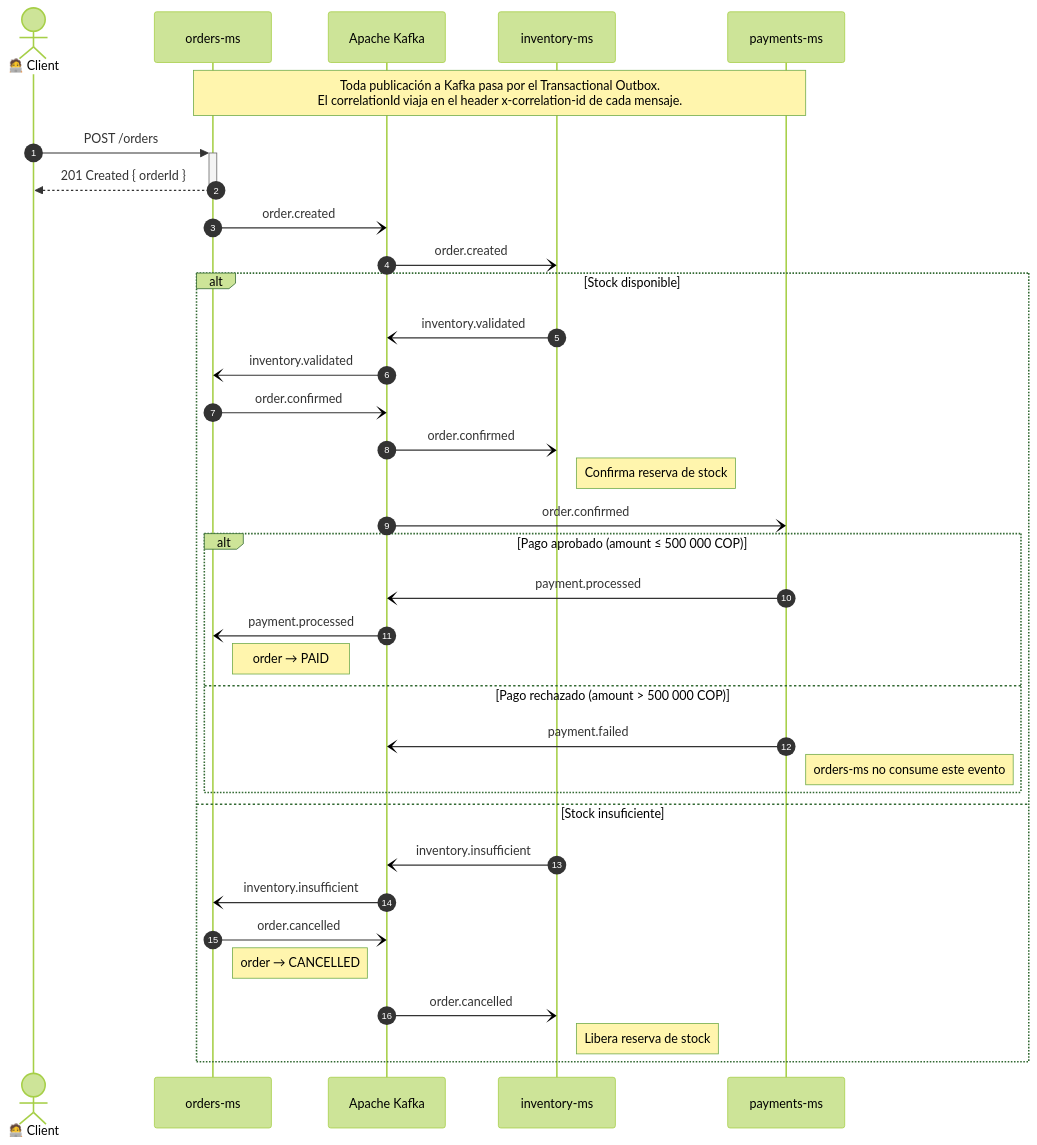
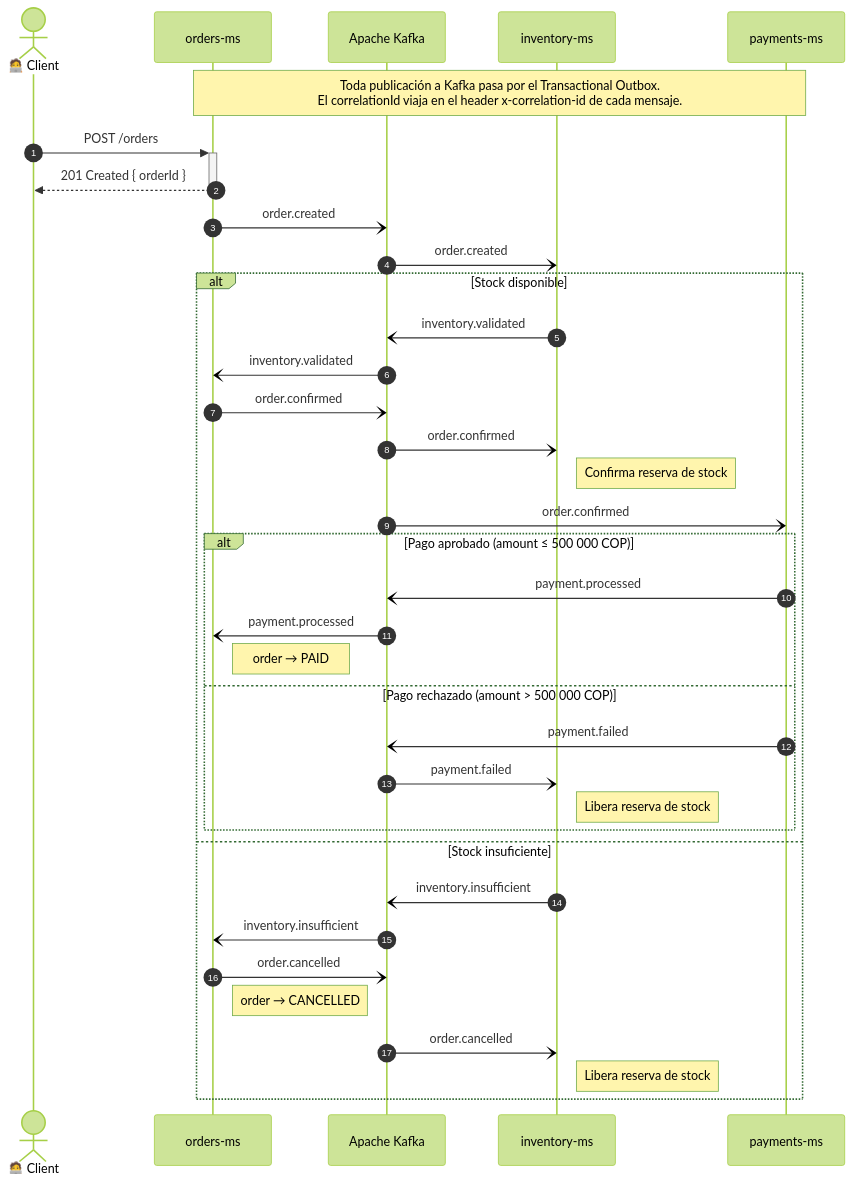
One commit to Null01/technical-interview-kibernum changed the diagram in docs/sequence-diagram.md. Above: the diagram before and after it, drawn with Mermaid (forest theme). The commit also changed other lines of this file and 5 other files, not shown here.

````diff
--- a/docs/sequence-diagram.md
+++ b/docs/sequence-diagram.md
@@ -9,46 +9,47 @@
 ```mermaid
 sequenceDiagram
     autonumber
 
     actor  Client as 🧑‍💻 Client
     participant OMS as orders-ms
     participant Kafka as Apache Kafka
     participant IMS as inventory-ms
     participant PMS as payments-ms
 
     Note over OMS,PMS: Toda publicación a Kafka pasa por el Transactional Outbox.<br/>El correlationId viaja en el header x-correlation-id de cada mensaje.
 
     Client ->>+ OMS: POST /orders
     OMS -->>- Client: 201 Created { orderId }
     OMS -) Kafka: order.created
 
     Kafka -) IMS: order.created
 
     alt Stock disponible
         IMS -) Kafka: inventory.validated
         Kafka -) OMS: inventory.validated
         OMS -) Kafka: order.confirmed
 
         Kafka -) IMS: order.confirmed
         Note right of IMS: Confirma reserva de stock
 
         Kafka -) PMS: order.confirmed
 
         alt Pago aprobado (amount ≤ 500 000 COP)
             PMS -) Kafka: payment.processed
             Kafka -) OMS: payment.processed
             Note right of OMS: order → PAID
         else Pago rechazado (amount > 500 000 COP)
             PMS -) Kafka: payment.failed
-            Note right of PMS: orders-ms no consume este evento
+            Kafka -) IMS: payment.failed
+            Note right of IMS: Libera reserva de stock
         end
 
     else Stock insuficiente
         IMS -) Kafka: inventory.insufficient
         Kafka -) OMS: inventory.insufficient
         OMS -) Kafka: order.cancelled
         Note right of OMS: order → CANCELLED
         Kafka -) IMS: order.cancelled
         Note right of IMS: Libera reserva de stock
     end
 ```
````
